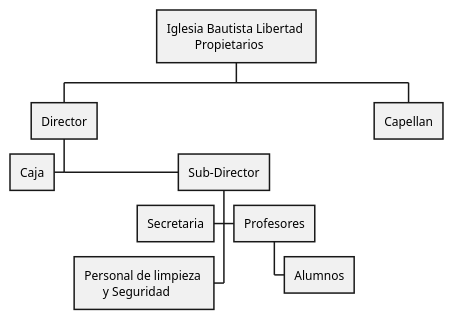
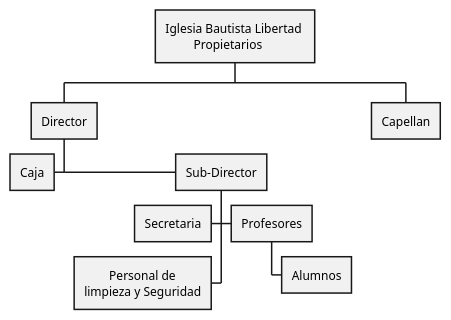
One commit to wsmcbl/wsmcbl.doc changed the diagram in DomainModel/organization-chart.puml. Above: the diagram before and after it, drawn with PlantUML. The commit also changed 10 other files, not shown here.

```diff
--- a/DomainModel/organization-chart.puml
+++ b/DomainModel/organization-chart.puml
@@ -1,16 +1,14 @@
 @startwbs
 skinparam BackgroundColor transparent
 
 * Iglesia Bautista Libertad \n\t Propietarios
 ** Director
 ***< Caja
 *** Sub-Director
 ****< Secretaria
 **** Profesores
 ***** Alumnos
-****< Personal de limpieza \n      y Seguridad
+****< \tPersonal de\nlimpieza y Seguridad
 ** Capellan
 
-
-
 @endwb
```
